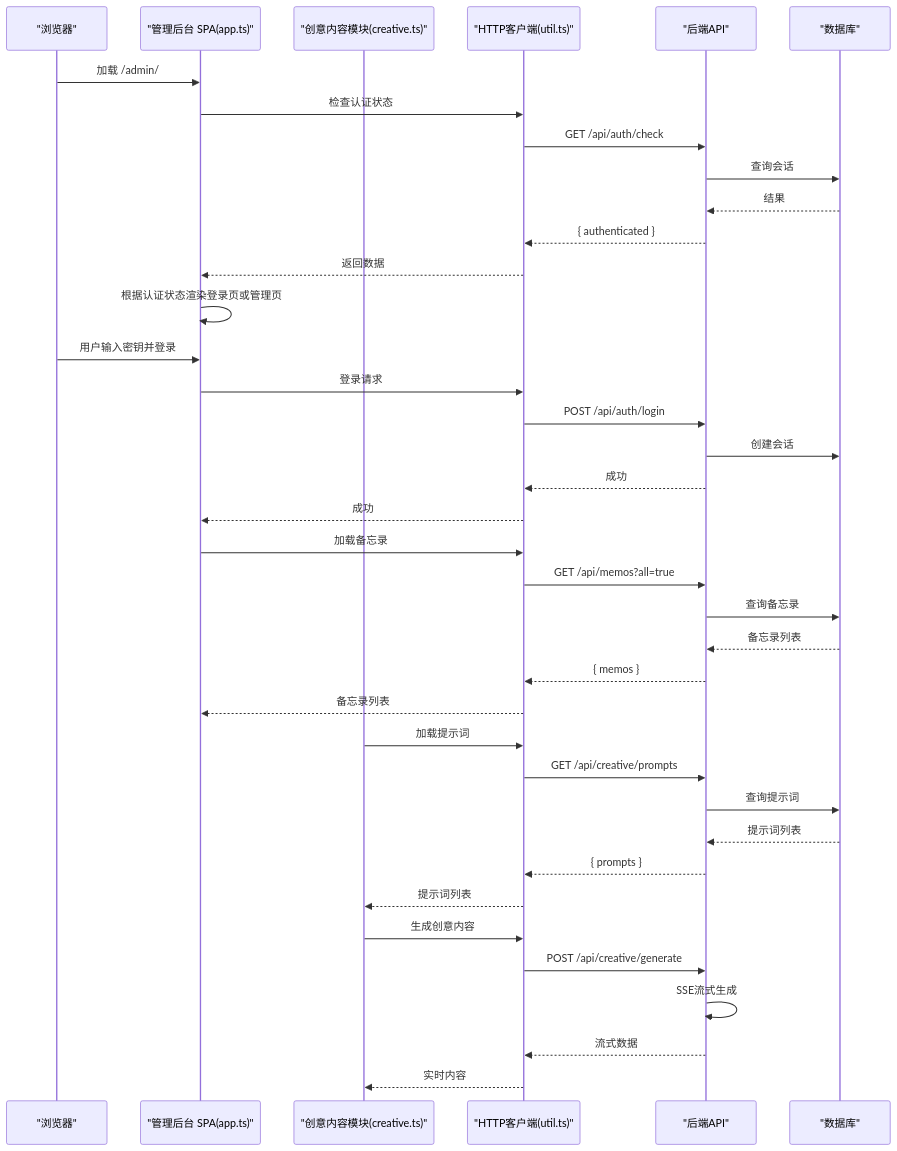
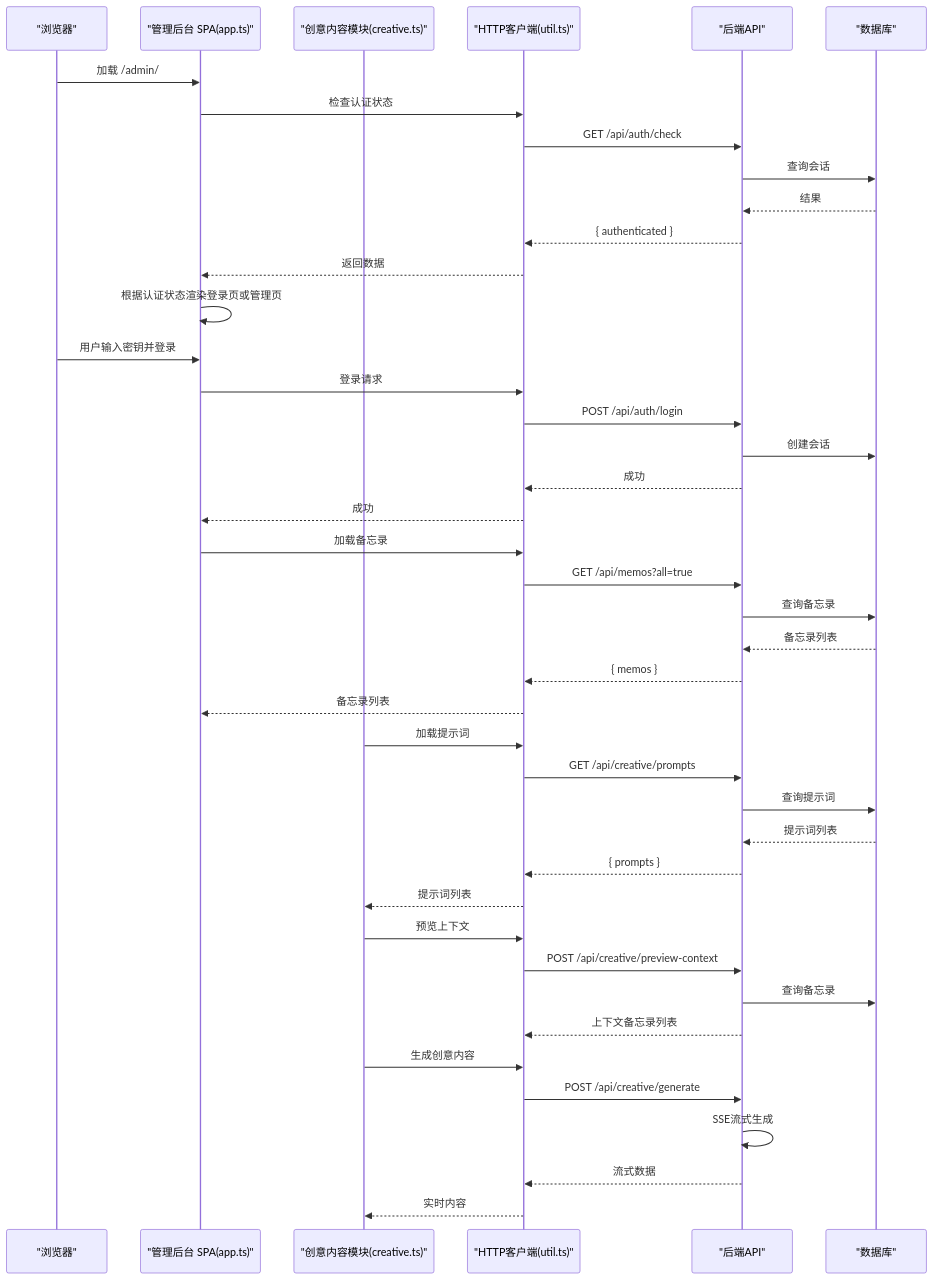
Before and after one commit to BlackBoxRecorder/memos: the second of 6 diagrams in .qoder/repowiki/zh/content/核心功能/管理后台系统.md, drawn with Mermaid. The commit also changed other lines of this file and 7 other files, not shown here.

````diff
--- a/.qoder/repowiki/zh/content/核心功能/管理后台系统.md
+++ b/.qoder/repowiki/zh/content/核心功能/管理后台系统.md
@@ -127,40 +130,44 @@
 ```mermaid
 sequenceDiagram
 participant Browser as "浏览器"
 participant Admin as "管理后台 SPA(app.ts)"
 participant Creative as "创意内容模块(creative.ts)"
 participant Util as "HTTP客户端(util.ts)"
 participant API as "后端API"
 participant DB as "数据库"
 Browser->>Admin : 加载 /admin/
 Admin->>Util : 检查认证状态
 Util->>API : GET /api/auth/check
 API->>DB : 查询会话
 DB-->>API : 结果
 API-->>Util : { authenticated }
 Util-->>Admin : 返回数据
 Admin->>Admin : 根据认证状态渲染登录页或管理页
 Browser->>Admin : 用户输入密钥并登录
 Admin->>Util : 登录请求
 Util->>API : POST /api/auth/login
 API->>DB : 创建会话
 API-->>Util : 成功
 Util-->>Admin : 成功
 Admin->>Util : 加载备忘录
 Util->>API : GET /api/memos?all=true
 API->>DB : 查询备忘录
 DB-->>API : 备忘录列表
 API-->>Util : { memos }
 Util-->>Admin : 备忘录列表
 Creative->>Util : 加载提示词
 Util->>API : GET /api/creative/prompts
 API->>DB : 查询提示词
 DB-->>API : 提示词列表
 API-->>Util : { prompts }
 Util-->>Creative : 提示词列表
+Creative->>Util : 预览上下文
+Util->>API : POST /api/creative/preview-context
+API->>DB : 查询备忘录
+API-->>Util : 上下文备忘录列表
 Creative->>Util : 生成创意内容
 Util->>API : POST /api/creative/generate
 API->>API : SSE流式生成
 API-->>Util : 流式数据
 Util-->>Creative : 实时内容
 ```
````
